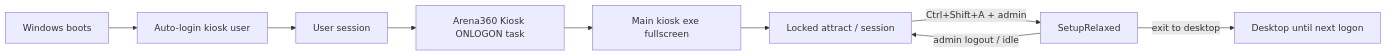
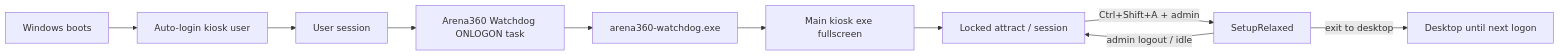
Before and after one commit to harishmahamure/arena360: the diagram in docs/KIOSK-WINDOWS-DEPLOYMENT.md, drawn with Mermaid. The commit also changed other lines of this file and 121 other files, not shown here.

````diff
--- a/docs/KIOSK-WINDOWS-DEPLOYMENT.md
+++ b/docs/KIOSK-WINDOWS-DEPLOYMENT.md
@@ -32,11 +32,12 @@
 ```mermaid
 flowchart LR
   boot[Windows boots] --> autologon[Auto-login kiosk user]
   autologon --> logon[User session]
-  logon --> task[Arena360 Kiosk ONLOGON task]
-  task --> launch[Main kiosk exe fullscreen]
+  logon --> task[Arena360 Watchdog ONLOGON task]
+  task --> watchdog[arena360-watchdog.exe]
+  watchdog --> launch[Main kiosk exe fullscreen]
   launch --> locked[Locked attract / session]
   locked -->|Ctrl+Shift+A + admin| setup[SetupRelaxed]
   setup -->|admin logout / idle| locked
   setup -->|exit to desktop| desktop[Desktop until next logon]
 ```
````
